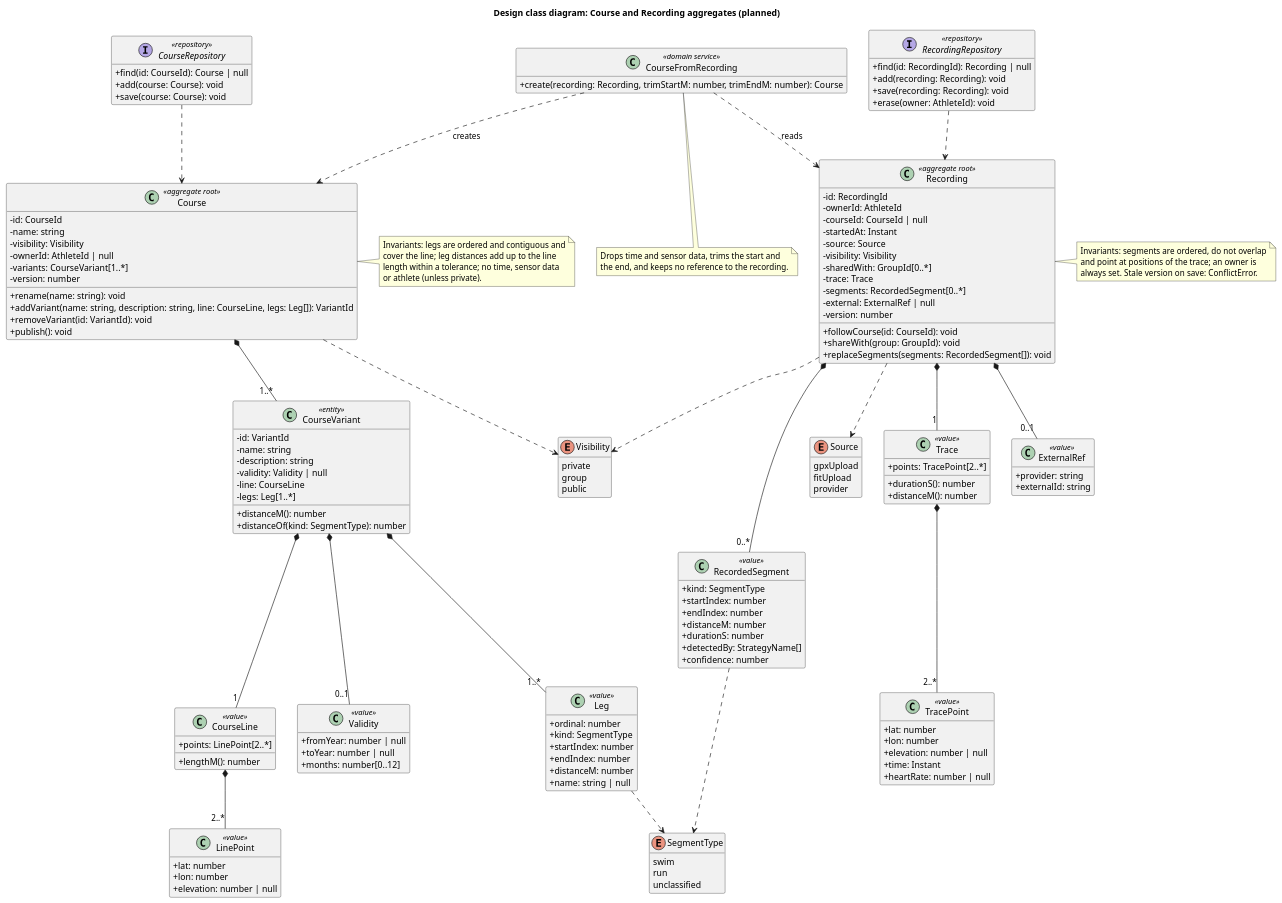
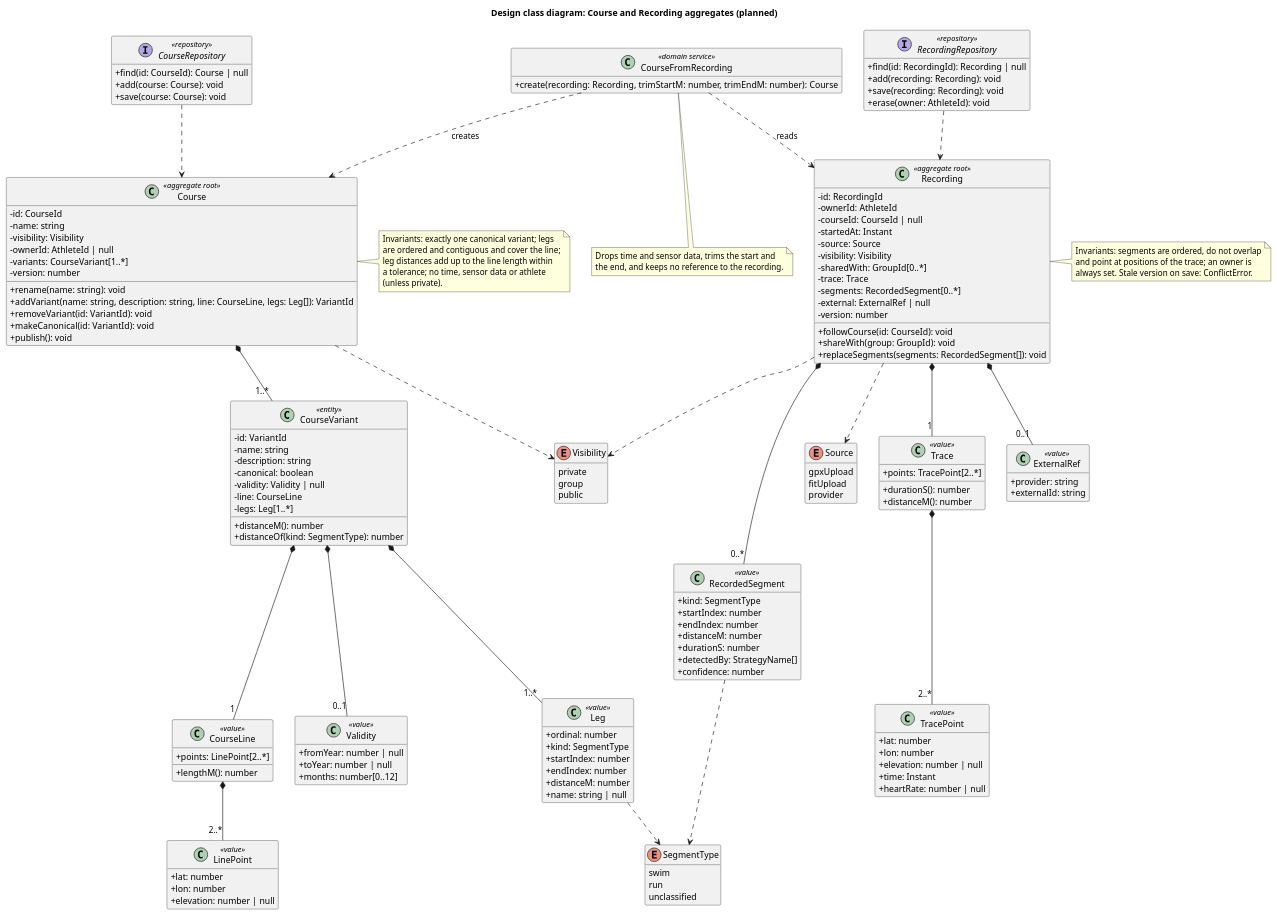
One commit to swimrun/tigerlegs changed the fifth of 5 diagrams in docs/software-guidebook.md. Above: the diagram before and after it, drawn with PlantUML. The commit also changed other lines of this file and 7 other files, not shown here.

Commit message:
Add the canonical variant and the 2026 Rondje Eilanden variant, with TODOs for missing GPX files (#80)

```diff
--- a/docs/software-guidebook.md
+++ b/docs/software-guidebook.md
@@ -739,12 +741,14 @@
   +rename(name: string): void
   +addVariant(name: string, description: string, line: CourseLine, legs: Leg[]): VariantId
   +removeVariant(id: VariantId): void
+  +makeCanonical(id: VariantId): void
   +publish(): void
 }
 class CourseVariant <<entity>> {
   -id: VariantId
   -name: string
   -description: string
+  -canonical: boolean
   -validity: Validity | null
   -line: CourseLine
   -legs: Leg[1..*]
@@ -869,10 +873,11 @@
 CourseFromRecording ..> Course : creates
 
 note right of Course
-  Invariants: legs are ordered and contiguous and
-  cover the line; leg distances add up to the line
-  length within a tolerance; no time, sensor data
-  or athlete (unless private).
+  Invariants: exactly one canonical variant; legs
+  are ordered and contiguous and cover the line;
+  leg distances add up to the line length within
+  a tolerance; no time, sensor data or athlete
+  (unless private).
 end note
 note right of Recording
   Invariants: segments are ordered, do not overlap
```
